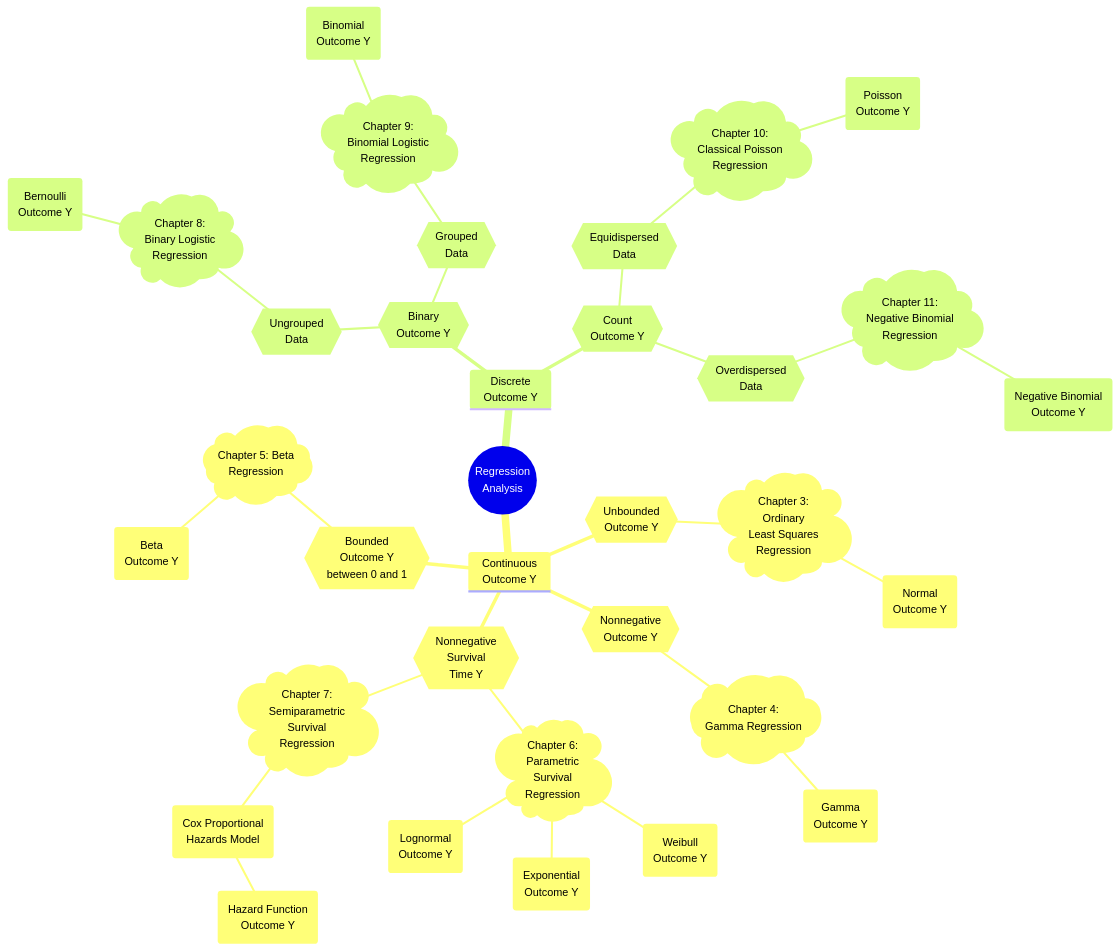
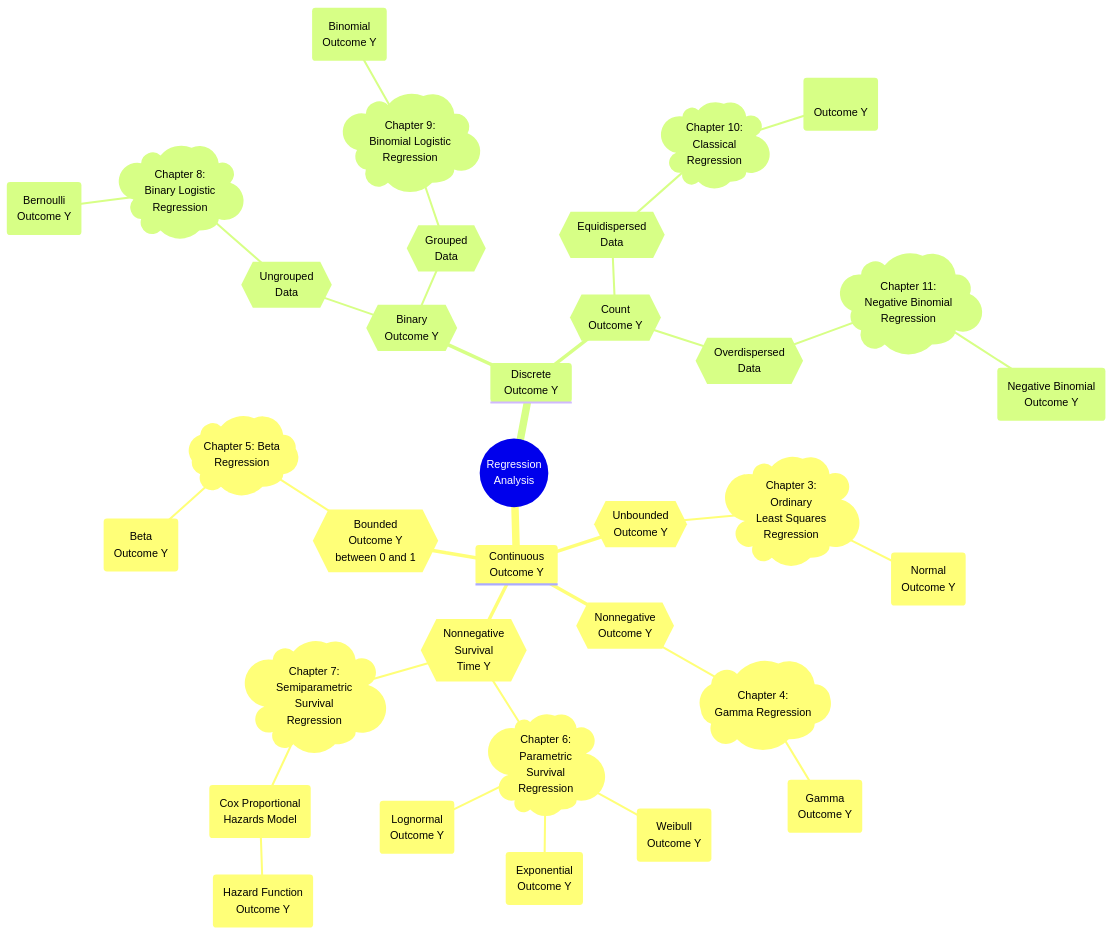
One commit to alexrod61/regression-cookbook changed the diagram in book/11-negative-binomial.qmd. Above: the diagram before and after it, drawn with Mermaid. The commit also changed other lines of this file, not shown here.

````diff
--- a/book/11-negative-binomial.qmd
+++ b/book/11-negative-binomial.qmd
@@ -47,38 +47,38 @@
 ```{mermaid}
 mindmap
   root((Regression 
   Analysis)
     Continuous <br/>Outcome Y
       {{Unbounded <br/>Outcome Y}}
         )Chapter 3: <br/>Ordinary <br/>Least Squares <br/>Regression(
           (Normal <br/>Outcome Y)
       {{Nonnegative <br/>Outcome Y}}
         )Chapter 4: <br/>Gamma Regression(
           (Gamma <br/>Outcome Y)
       {{Bounded <br/>Outcome Y <br/> between 0 and 1}}
         )Chapter 5: Beta <br/>Regression(
           (Beta <br/>Outcome Y)
       {{Nonnegative <br/>Survival <br/>Time Y}}
         )Chapter 6: <br/>Parametric <br/> Survival <br/>Regression(
           (Exponential <br/>Outcome Y)
           (Weibull <br/>Outcome Y)
           (Lognormal <br/>Outcome Y)
         )Chapter 7: <br/>Semiparametric <br/>Survival <br/>Regression(
           (Cox Proportional <br/>Hazards Model)
             (Hazard Function <br/>Outcome Y)
     Discrete <br/>Outcome Y
       {{Binary <br/>Outcome Y}}
         {{Ungrouped <br/>Data}}
           )Chapter 8: <br/>Binary Logistic <br/>Regression(
             (Bernoulli <br/>Outcome Y)
         {{Grouped <br/>Data}}
           )Chapter 9: <br/>Binomial Logistic <br/>Regression(
             (Binomial <br/>Outcome Y)
       {{Count <br/>Outcome Y}}
         {{Equidispersed <br/>Data}}
-          )Chapter 10: <br/>Classical Poisson <br/>Regression(
-            (Poisson <br/>Outcome Y)
+          )Chapter 10: <br/>Classical  <br/>Regression(
+            ( <br/>Outcome Y)
         {{Overdispersed <br/>Data}}
           )Chapter 11: <br/>Negative Binomial <br/>Regression(
             (Negative Binomial <br/>Outcome Y)
 ```
````
